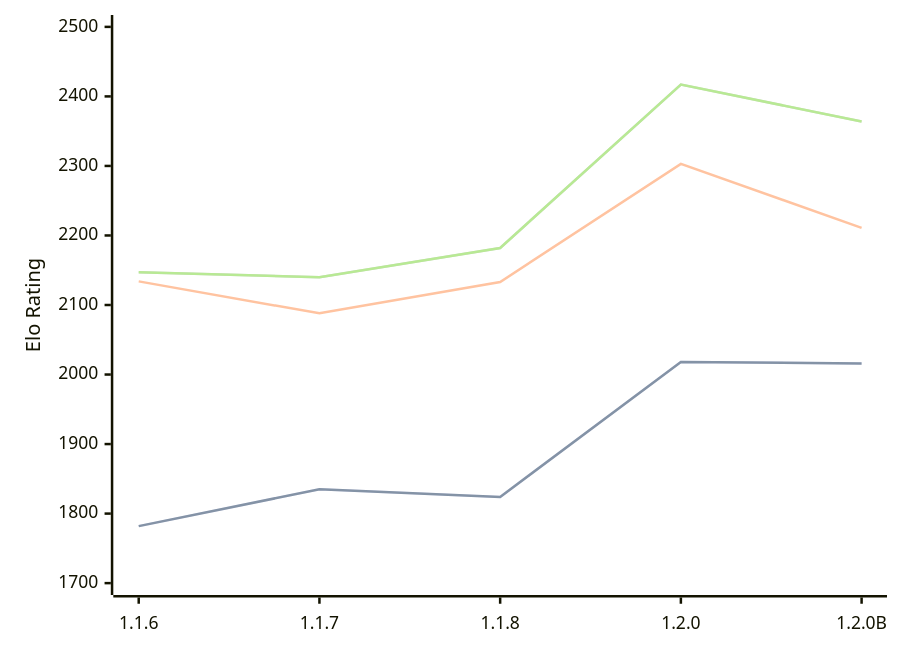
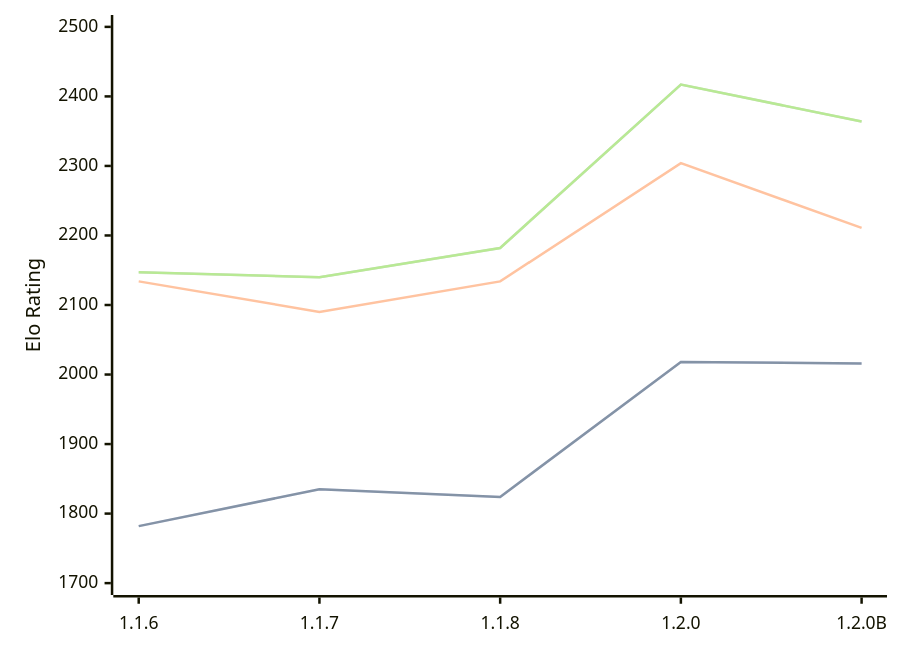
One commit to computer-chess-index/cci changed the first of 3 diagrams in engines/Soomi.md. Above: the diagram before and after it, drawn with Mermaid. The commit also changed other lines of this file, not shown here.

````diff
--- a/engines/Soomi.md
+++ b/engines/Soomi.md
@@ -35,11 +35,11 @@
 ```mermaid
 %%{init: {"theme":"base","themeVariables":{"seriesColors:['#a3a3a3','#222221','#faa371']}}}%%
 xychart-beta
   x-axis ["1.1.6", "1.1.7", "1.1.8", "1.2.0", "1.2.0B"]
   y-axis "Elo Rating" 1700 --> 2500
   line "STC (8.0+0.08s)" [1782, 1835, 1824, 2018, 2016]
   line "STC (8.0+0.08s)" [1782, 1835, 1824, 2018, 2016]
-  line "LTC (60.0+0.60s)" [2134, 2088, 2133, 2303, 2211]
+  line "LTC (60.0+0.60s)" [2134, 2090, 2134, 2304, 2211]
   line "VLTC (2m24s+1.12s)" [2147, 2140, 2182, 2417, 2364]
   line "VLTC (2m24s+1.12s)" [2147, 2140, 2182, 2417, 2364]
 ```
````
